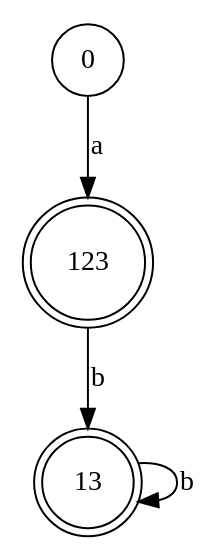
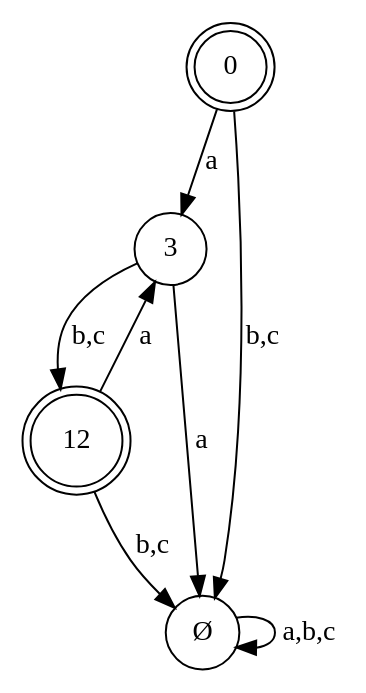
One commit to igorbragaia/CTC-34 changed the diagram in projeto_1/test-output/graph.gv. Above: the diagram before and after it, drawn with Graphviz. The commit also changed 3 other files, not shown here.

```diff
--- a/projeto_1/test-output/graph.gv
+++ b/projeto_1/test-output/graph.gv
@@ -1,8 +1,13 @@
 digraph {
-	0 [shape=circle]
-	123 [shape=doublecircle]
-	13 [shape=doublecircle]
-	0 -> 123 [label=a]
-	123 -> 13 [label=b]
-	13 -> 13 [label=b]
+	0 [shape=doublecircle]
+	3 [shape=circle]
+	12 [shape=doublecircle]
+	"Ø" [shape=circle]
+	0 -> 3 [label=a]
+	3 -> 12 [label="b,c"]
+	12 -> 3 [label=a]
+	"Ø" -> "Ø" [label="a,b,c"]
+	0 -> "Ø" [label="b,c"]
+	3 -> "Ø" [label=a]
+	12 -> "Ø" [label="b,c"]
 }
```
